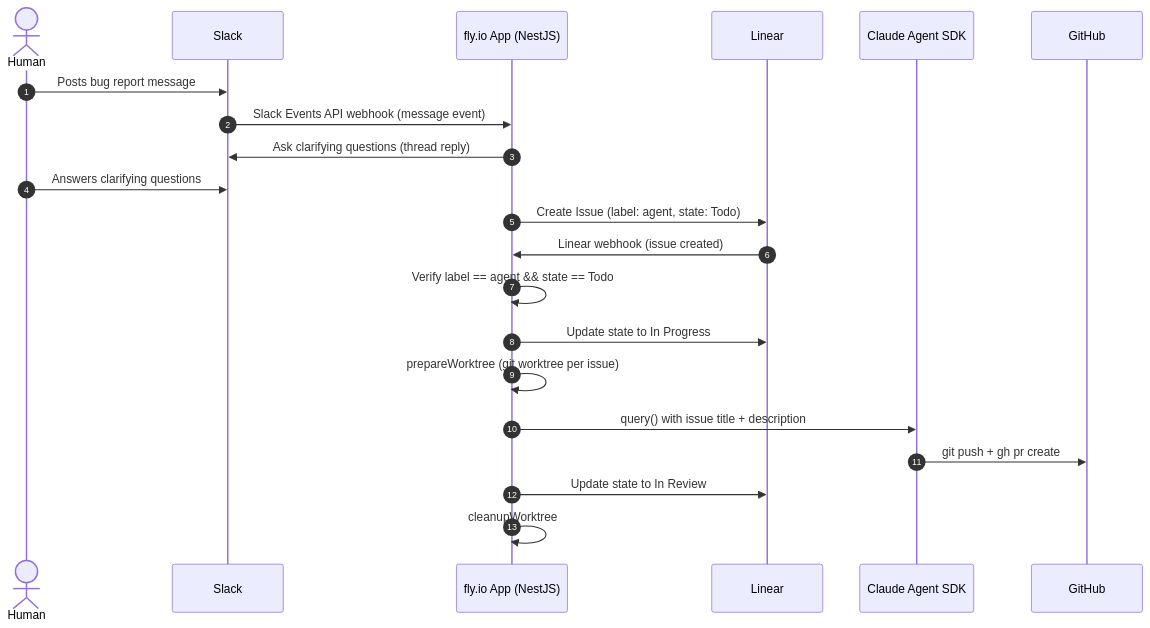
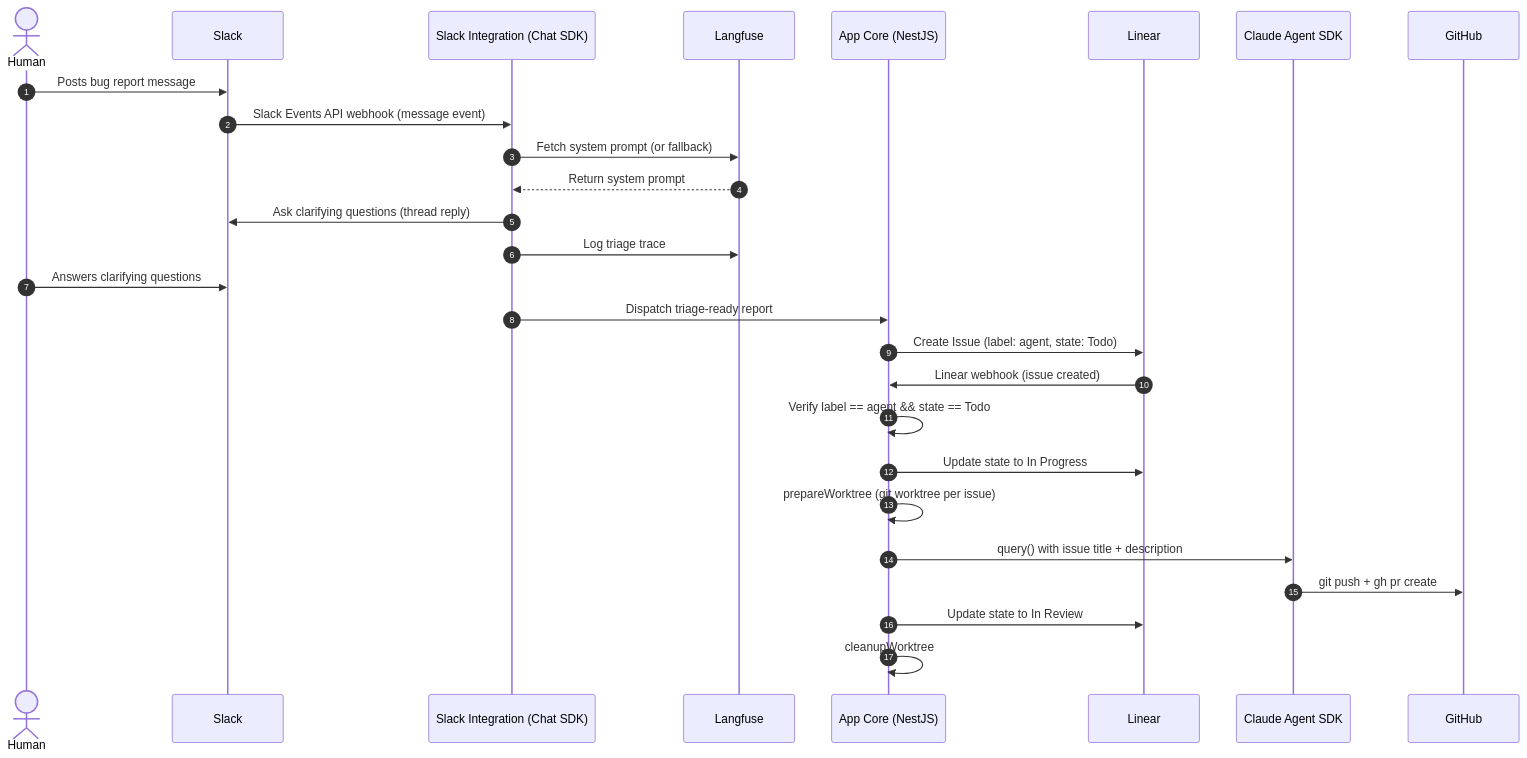
The diagram in docs/adr/ARCH-001-production-architecture.md (bereu/Auto-generate-PR-from-linear), drawn with Mermaid before and after one commit. The commit also changed other lines of this file and 88 other files, not shown here.

First line of the commit message:
Merge pull request #1 from bereu/feat/mastra-langfuse-triage

````diff
--- a/docs/adr/ARCH-001-production-architecture.md
+++ b/docs/adr/ARCH-001-production-architecture.md
@@ -16,24 +16,30 @@
 ```mermaid
 sequenceDiagram
     autonumber
     actor Human
     participant Slack
-    participant App as fly.io App (NestJS)
+    participant SlackInt as Slack Integration (Chat SDK)
+    participant Langfuse
+    participant App as App Core (NestJS)
     participant Linear
     participant Claude as Claude Agent SDK
     participant GitHub
 
     Human->>Slack: Posts bug report message
-    Slack->>App: Slack Events API webhook (message event)
-    App->>Slack: Ask clarifying questions (thread reply)
+    Slack->>SlackInt: Slack Events API webhook (message event)
+    SlackInt->>Langfuse: Fetch system prompt (or fallback)
+    Langfuse-->>SlackInt: Return system prompt
+    SlackInt->>Slack: Ask clarifying questions (thread reply)
+    SlackInt->>Langfuse: Log triage trace
     Human->>Slack: Answers clarifying questions
+    SlackInt->>App: Dispatch triage-ready report
     App->>Linear: Create Issue (label: agent, state: Todo)
     Linear->>App: Linear webhook (issue created)
     App->>App: Verify label == agent && state == Todo
     App->>Linear: Update state to In Progress
     App->>App: prepareWorktree (git worktree per issue)
     App->>Claude: query() with issue title + description
     Claude->>GitHub: git push + gh pr create
     App->>Linear: Update state to In Review
     App->>App: cleanupWorktree
 ```
````
